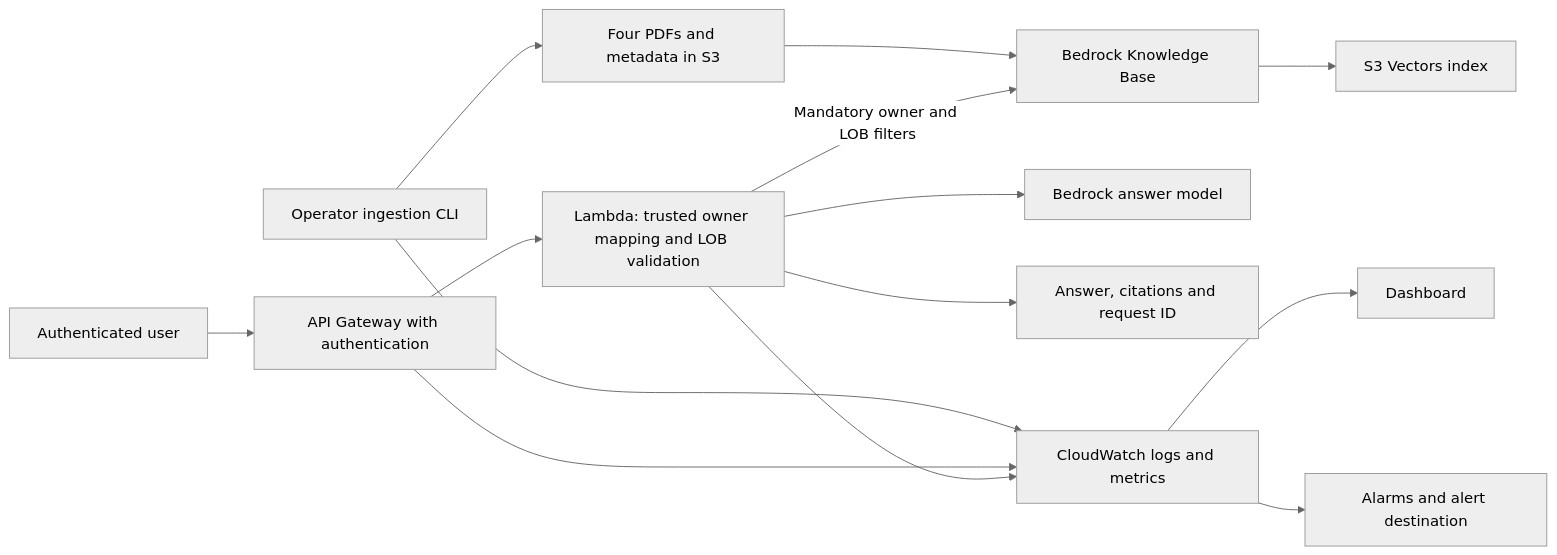
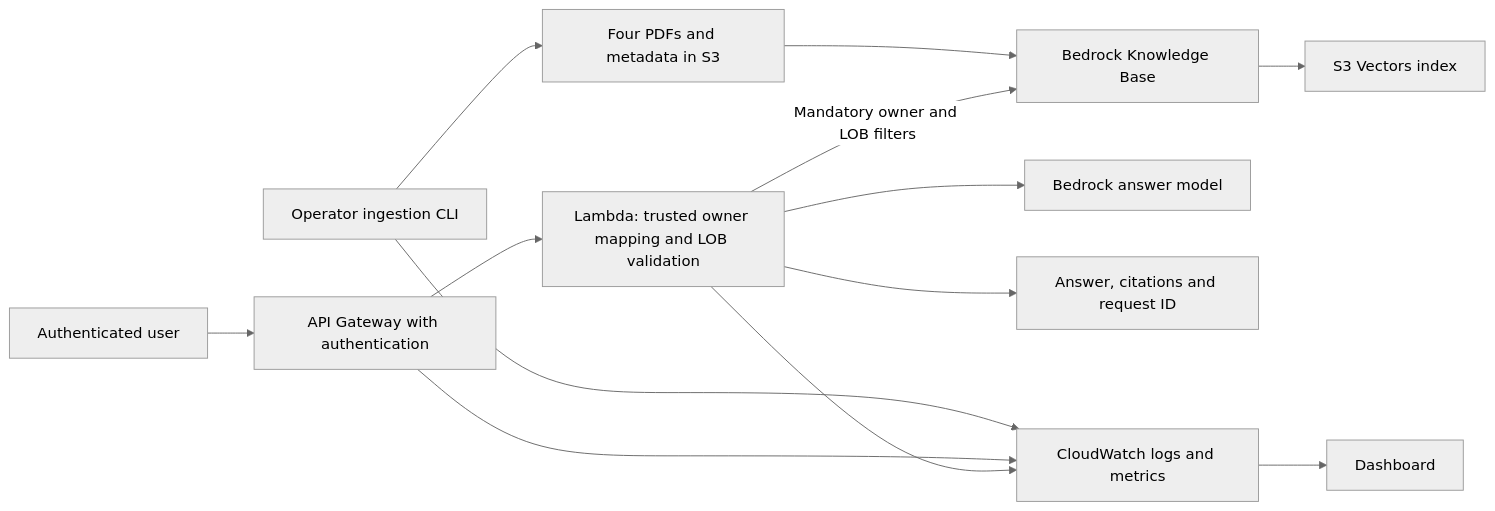
One commit to anil-avvaru-cool/insurance-agentic-ai-platform changed the diagram in docs/PHASE_1_AWS_RESOURCE_INVENTORY.md. Above: the diagram before and after it, drawn with Mermaid (neutral theme). The commit also changed other lines of this file and 10 other files, not shown here.

````diff
--- a/docs/PHASE_1_AWS_RESOURCE_INVENTORY.md
+++ b/docs/PHASE_1_AWS_RESOURCE_INVENTORY.md
@@ -21,16 +20,15 @@
 ```mermaid
 flowchart LR
     CLI[Operator ingestion CLI] --> S3[Four PDFs and metadata in S3]
     S3 --> KB[Bedrock Knowledge Base]
     KB --> V[S3 Vectors index]
     User[Authenticated user] --> API[API Gateway with authentication]
     API --> Lambda[Lambda: trusted owner mapping and LOB validation]
     Lambda -->|Mandatory owner and LOB filters| KB
     Lambda --> Model[Bedrock answer model]
     Lambda --> Answer[Answer, citations and request ID]
     CLI --> CW[CloudWatch logs and metrics]
     API --> CW
     Lambda --> CW
     CW --> Dashboard[Dashboard]
-    CW --> Alarms[Alarms and alert destination]
 ```
````
